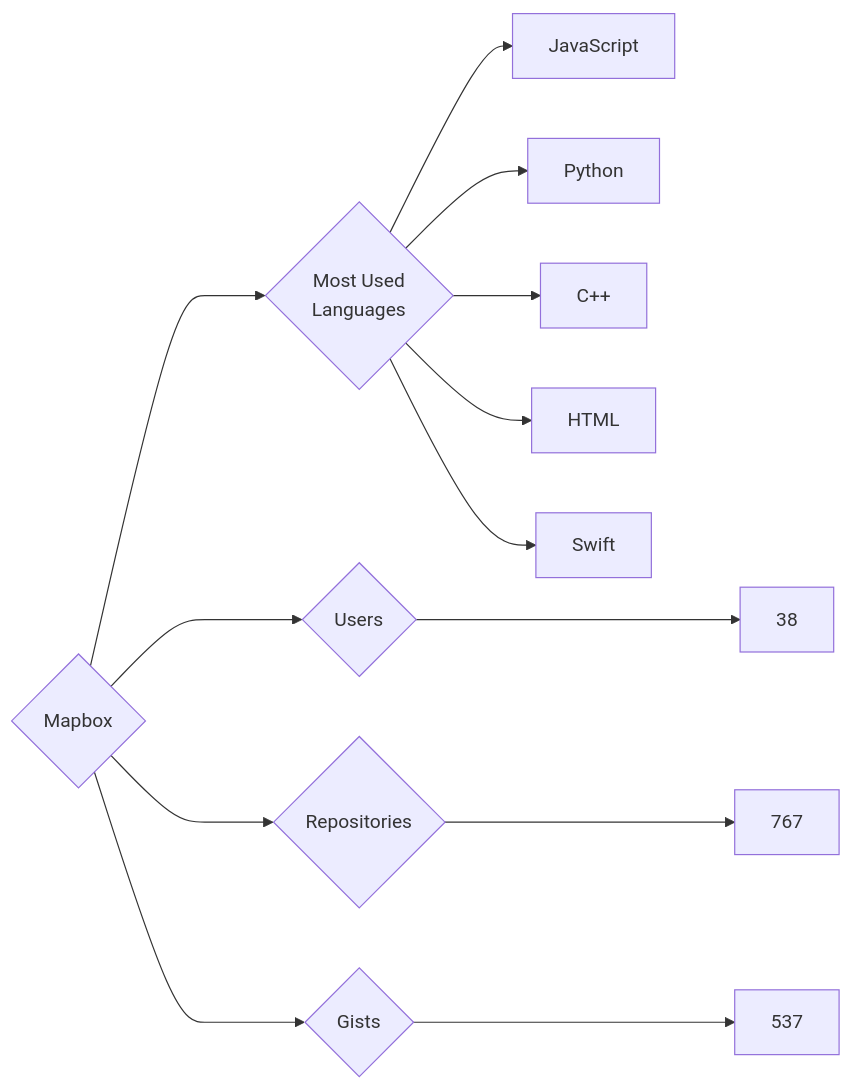
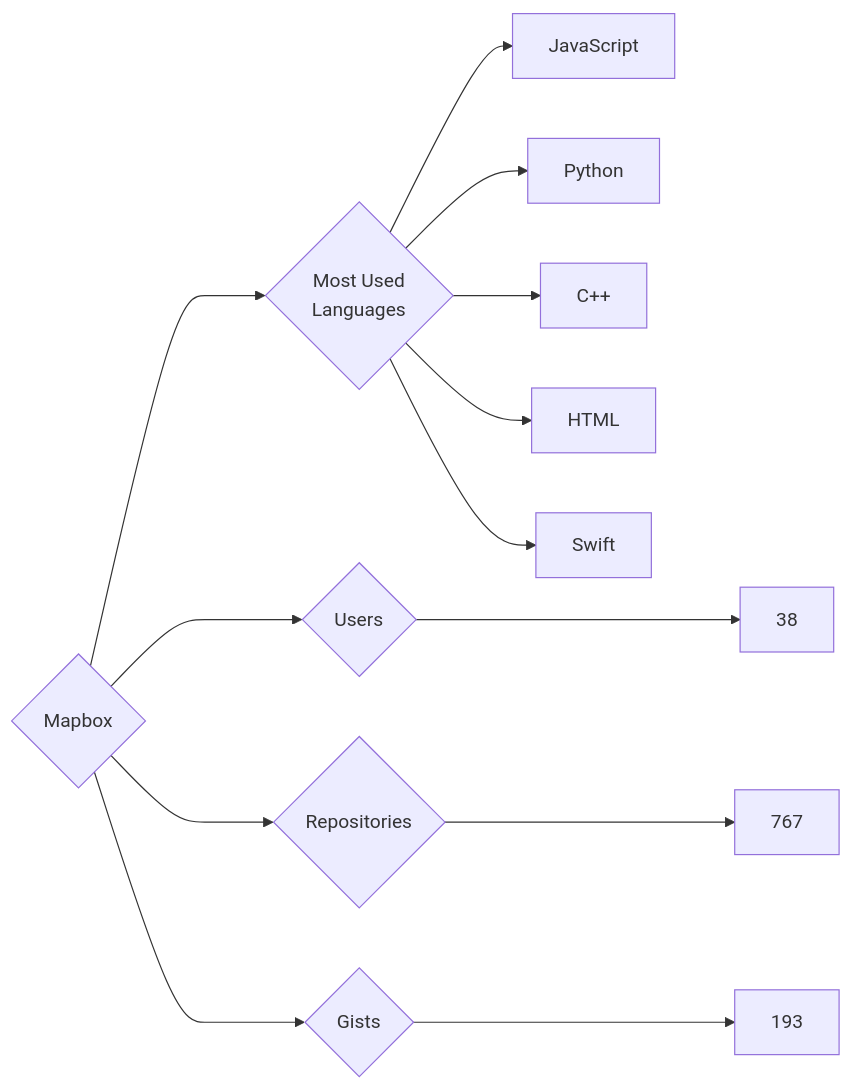
Before and after one commit to trickest/insiders: the diagram in targets/Mapbox/README.md, drawn with Mermaid. The commit also changed 681 other files, not shown here.

````diff
--- a/targets/Mapbox/README.md
+++ b/targets/Mapbox/README.md
@@ -3,13 +3,13 @@
 ```mermaid
 graph LR
 COMPANY_NAME{Mapbox}
 COMPANY_NAME ---> U{Users} ---> UN[38]
 COMPANY_NAME ---> R{Repositories} ---> RN[767]
-COMPANY_NAME ---> G{Gists} ---> GN[537]
+COMPANY_NAME ---> G{Gists} ---> GN[193]
 COMPANY_NAME ---> ML{Most Used<br>Languages}
 ML --> JavaScript[JavaScript]
 ML --> Python[Python]
 ML --> C++[C++]
 ML --> HTML[HTML]
 ML --> Swift[Swift]
 ```
````
